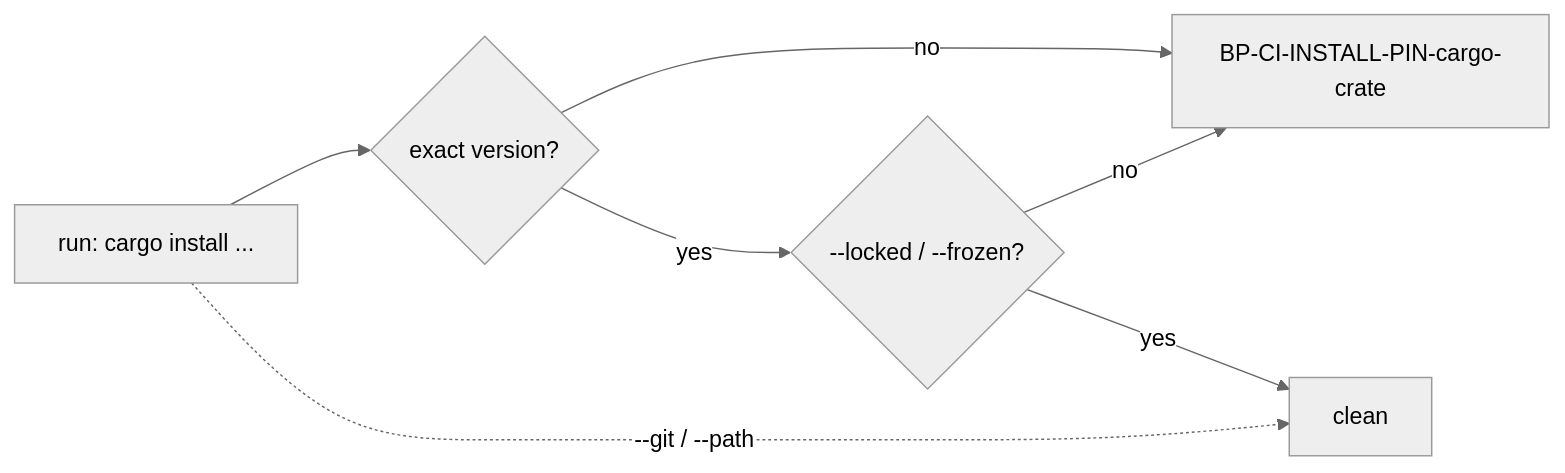
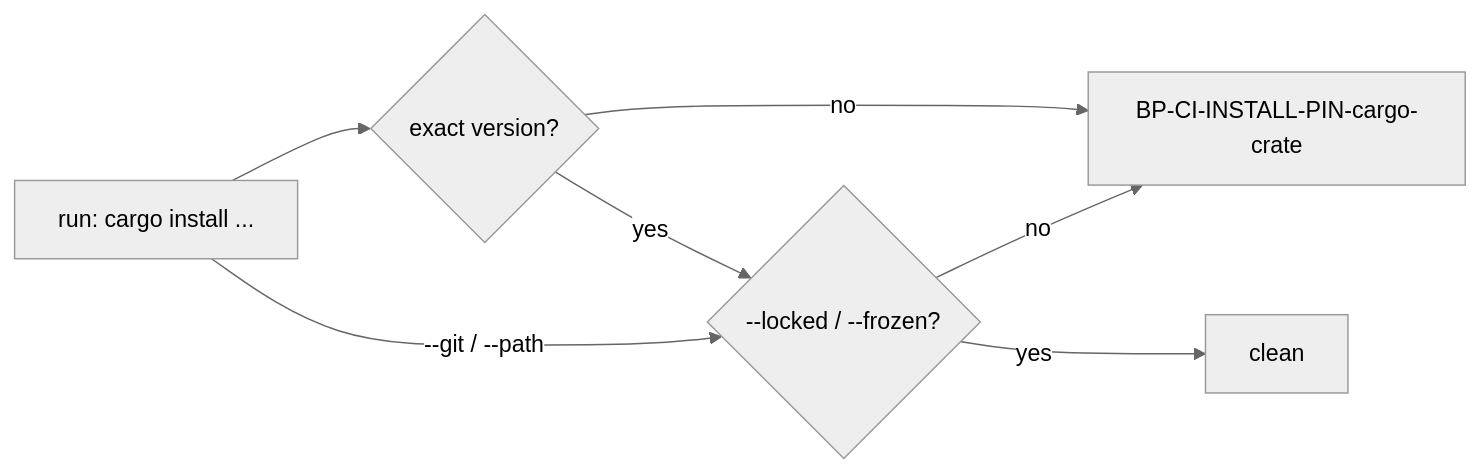
The diagram in docs/archive/pr-summaries/pr-summary-4683.md (stSoftwareAU/VibeCoder), drawn with Mermaid (neutral theme) before and after one commit. The commit also changed other lines of this file and 3 other files, not shown here.

````diff
--- a/docs/archive/pr-summaries/pr-summary-4683.md
+++ b/docs/archive/pr-summaries/pr-summary-4683.md
@@ -10,9 +10,9 @@
 ```mermaid
 flowchart LR
     A["run: cargo install ..."] --> B{exact version?}
     B -- no --> F[BP-CI-INSTALL-PIN-cargo-crate]
     B -- yes --> C{--locked / --frozen?}
     C -- no --> F
     C -- yes --> OK[clean]
-    A -. "--git / --path" .-> OK
+    A -- "--git / --path" --> C
 ```
````
